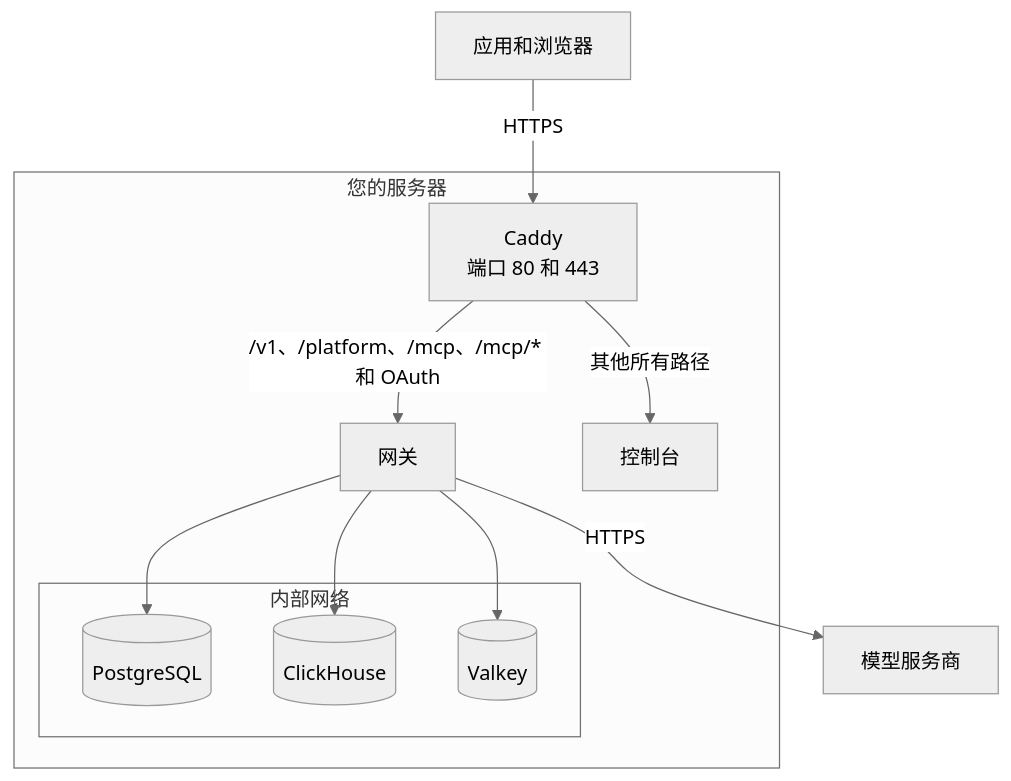
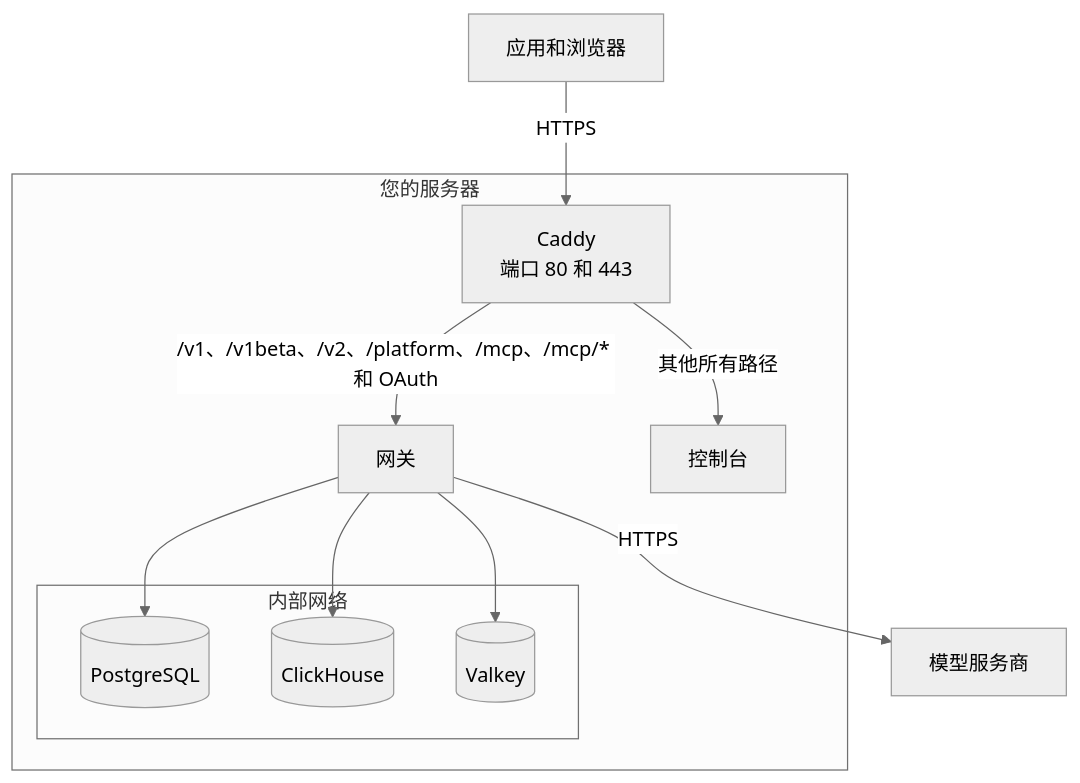
Before and after one commit to logicplanes/kaeso: the diagram in apps/docs/content/zh-CN/self-hosting/how-it-works.md, drawn with Mermaid (neutral theme). The commit also changed 44 other files, not shown here.

````diff
--- a/apps/docs/content/zh-CN/self-hosting/how-it-works.md
+++ b/apps/docs/content/zh-CN/self-hosting/how-it-works.md
@@ -10,22 +10,22 @@
 ```mermaid
 flowchart TD
   accTitle: Kaeso 实例中的服务
-  accDescr: 应用和浏览器只能经由 Caddy 的 80 和 443 端口访问实例。Caddy 把 /v1、/platform、MCP 服务器及其 OAuth 登录转给网关，把其他所有路径转给控制台。PostgreSQL、ClickHouse 和 Valkey 位于只有网关能访问的内部网络中，网关通过 HTTPS 调用模型服务商。
+  accDescr: 应用和浏览器只能经由 Caddy 的 80 和 443 端口访问实例。Caddy 把 /v1、/v1beta、/v2、/platform、MCP 服务器及其 OAuth 登录转给网关，把其他所有路径转给控制台。PostgreSQL、ClickHouse 和 Valkey 位于只有网关能访问的内部网络中，网关通过 HTTPS 调用模型服务商。
   clients[应用和浏览器]:::outside
   subgraph server [您的服务器]
     caddy[Caddy<br>端口 80 和 443]
     gateway[网关]:::accent
     console[控制台]
     subgraph data [内部网络]
       postgres[(PostgreSQL)]
       clickhouse[(ClickHouse)]
       valkey[(Valkey)]
     end
   end
   providers[模型服务商]:::outside
   clients -- HTTPS --> caddy
-  caddy -- /v1、/platform、/mcp、/mcp/* 和 OAuth --> gateway
+  caddy -- /v1、/v1beta、/v2、/platform、/mcp、/mcp/* 和 OAuth --> gateway
   caddy -- 其他所有路径 --> console
   gateway --> postgres & clickhouse & valkey
   gateway -- HTTPS --> providers
 ```
````
